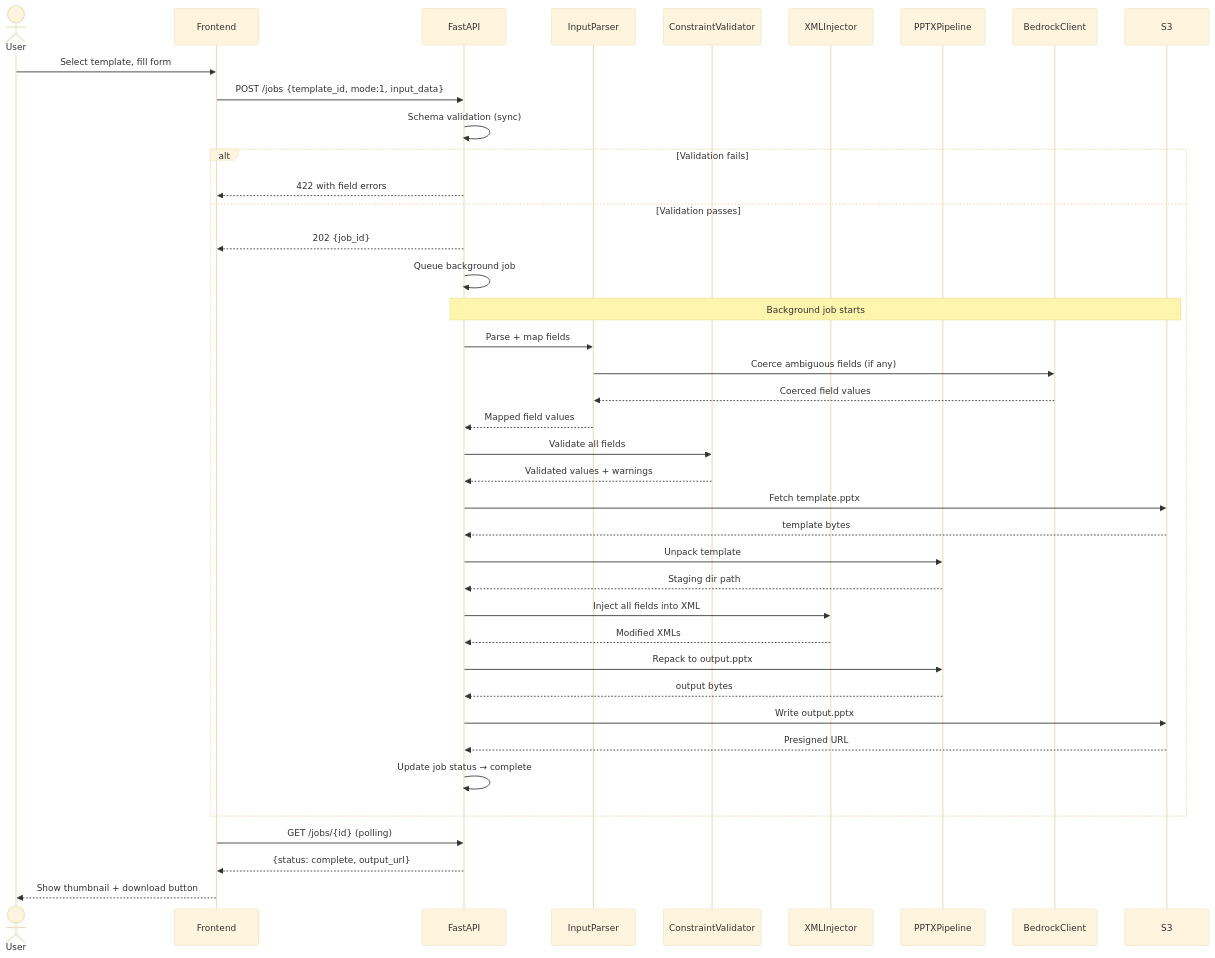
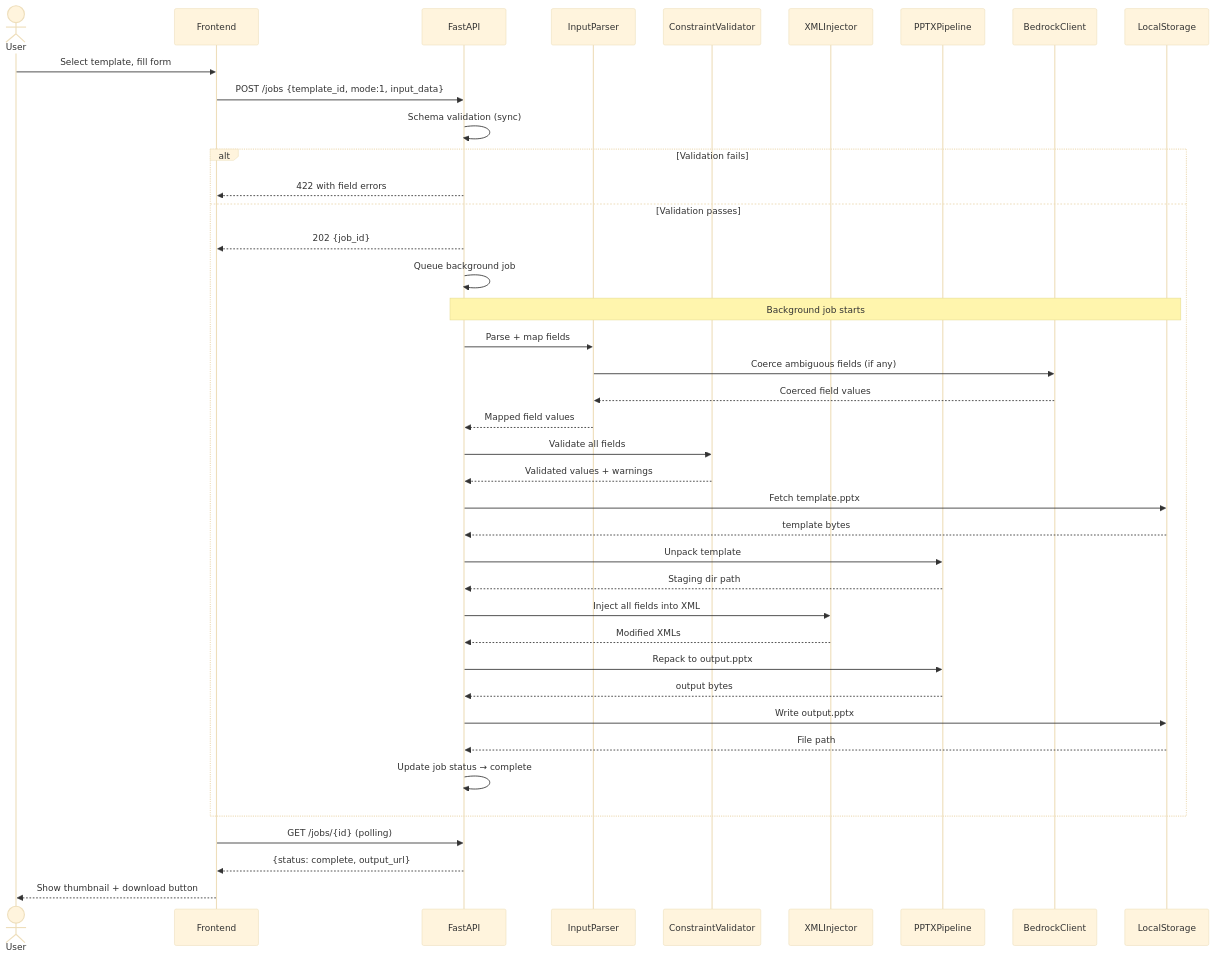
Before and after one commit to M-Chimiste/SlideAgent: the third of 6 diagrams in project_docs/architecture.md, drawn with Mermaid (base theme). The commit also changed other lines of this file and 106 other files, not shown here.

````diff
--- a/project_docs/architecture.md
+++ b/project_docs/architecture.md
@@ -118,52 +99,52 @@
 ```mermaid
 sequenceDiagram
     actor User
     participant FE as Frontend
     participant API as FastAPI
     participant IP as InputParser
     participant CV as ConstraintValidator
     participant XI as XMLInjector
     participant PP as PPTXPipeline
     participant BC as BedrockClient
-    participant S3
+    participant FS as LocalStorage
 
     User->>FE: Select template, fill form
     FE->>API: POST /jobs {template_id, mode:1, input_data}
     API->>API: Schema validation (sync)
     alt Validation fails
         API-->>FE: 422 with field errors
     else Validation passes
         API-->>FE: 202 {job_id}
         API->>API: Queue background job
 
-        Note over API,S3: Background job starts
+        Note over API,FS: Background job starts
         API->>IP: Parse + map fields
         IP->>BC: Coerce ambiguous fields (if any)
         BC-->>IP: Coerced field values
         IP-->>API: Mapped field values
 
         API->>CV: Validate all fields
         CV-->>API: Validated values + warnings
 
-        API->>S3: Fetch template.pptx
-        S3-->>API: template bytes
+        API->>FS: Fetch template.pptx
+        FS-->>API: template bytes
 
         API->>PP: Unpack template
         PP-->>API: Staging dir path
 
         API->>XI: Inject all fields into XML
         XI-->>API: Modified XMLs
 
         API->>PP: Repack to output.pptx
         PP-->>API: output bytes
 
-        API->>S3: Write output.pptx
-        S3-->>API: Presigned URL
+        API->>FS: Write output.pptx
+        FS-->>API: File path
 
         API->>API: Update job status → complete
     end
 
     FE->>API: GET /jobs/{id} (polling)
     API-->>FE: {status: complete, output_url}
     FE-->>User: Show thumbnail + download button
 ```
````
